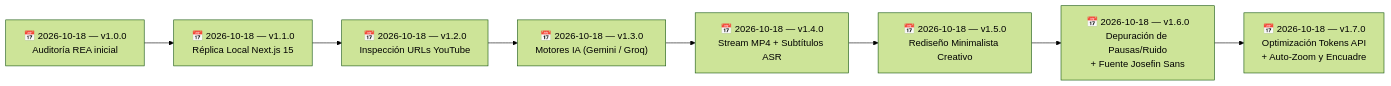
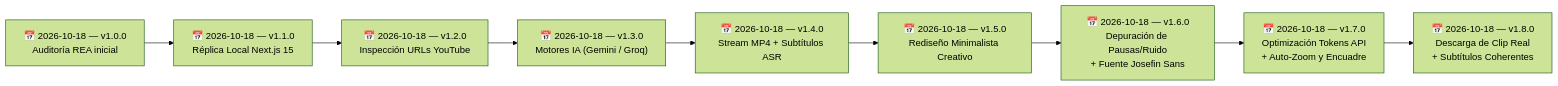
Before and after one commit to SebzSGC/Doc-Projects: the diagram in ClippersIppers/90 - Recursos/Historial de cambios.md, drawn with Mermaid (forest theme). The commit also changed other lines of this file, not shown here.

First line of the commit message:
feat(clippersippers): agregar descarga de clip y subtitulos coherentes

````diff
--- a/ClippersIppers/90 - Recursos/Historial de cambios.md
+++ b/ClippersIppers/90 - Recursos/Historial de cambios.md
@@ -19,4 +19,4 @@
 ```mermaid
 flowchart LR
-    V1["📅 2026-10-18 — v1.0.0<br/>Auditoría REA inicial"] --> V2["📅 2026-10-18 — v1.1.0<br/>Réplica Local Next.js 15"] --> V3["📅 2026-10-18 — v1.2.0<br/>Inspección URLs YouTube"] --> V4["📅 2026-10-18 — v1.3.0<br/>Motores IA (Gemini / Groq)"] --> V5["📅 2026-10-18 — v1.4.0<br/>Stream MP4 + Subtítulos ASR"] --> V6["📅 2026-10-18 — v1.5.0<br/>Rediseño Minimalista Creativo"] --> V7["📅 2026-10-18 — v1.6.0<br/>Depuración de Pausas/Ruido<br/>+ Fuente Josefin Sans"] --> V8["📅 2026-10-18 — v1.7.0<br/>Optimización Tokens API<br/>+ Auto-Zoom y Encuadre"]
+    V1["📅 2026-10-18 — v1.0.0<br/>Auditoría REA inicial"] --> V2["📅 2026-10-18 — v1.1.0<br/>Réplica Local Next.js 15"] --> V3["📅 2026-10-18 — v1.2.0<br/>Inspección URLs YouTube"] --> V4["📅 2026-10-18 — v1.3.0<br/>Motores IA (Gemini / Groq)"] --> V5["📅 2026-10-18 — v1.4.0<br/>Stream MP4 + Subtítulos ASR"] --> V6["📅 2026-10-18 — v1.5.0<br/>Rediseño Minimalista Creativo"] --> V7["📅 2026-10-18 — v1.6.0<br/>Depuración de Pausas/Ruido<br/>+ Fuente Josefin Sans"] --> V8["📅 2026-10-18 — v1.7.0<br/>Optimización Tokens API<br/>+ Auto-Zoom y Encuadre"] --> V9["📅 2026-10-18 — v1.8.0<br/>Descarga de Clip Real<br/>+ Subtítulos Coherentes"]
 ```
````
